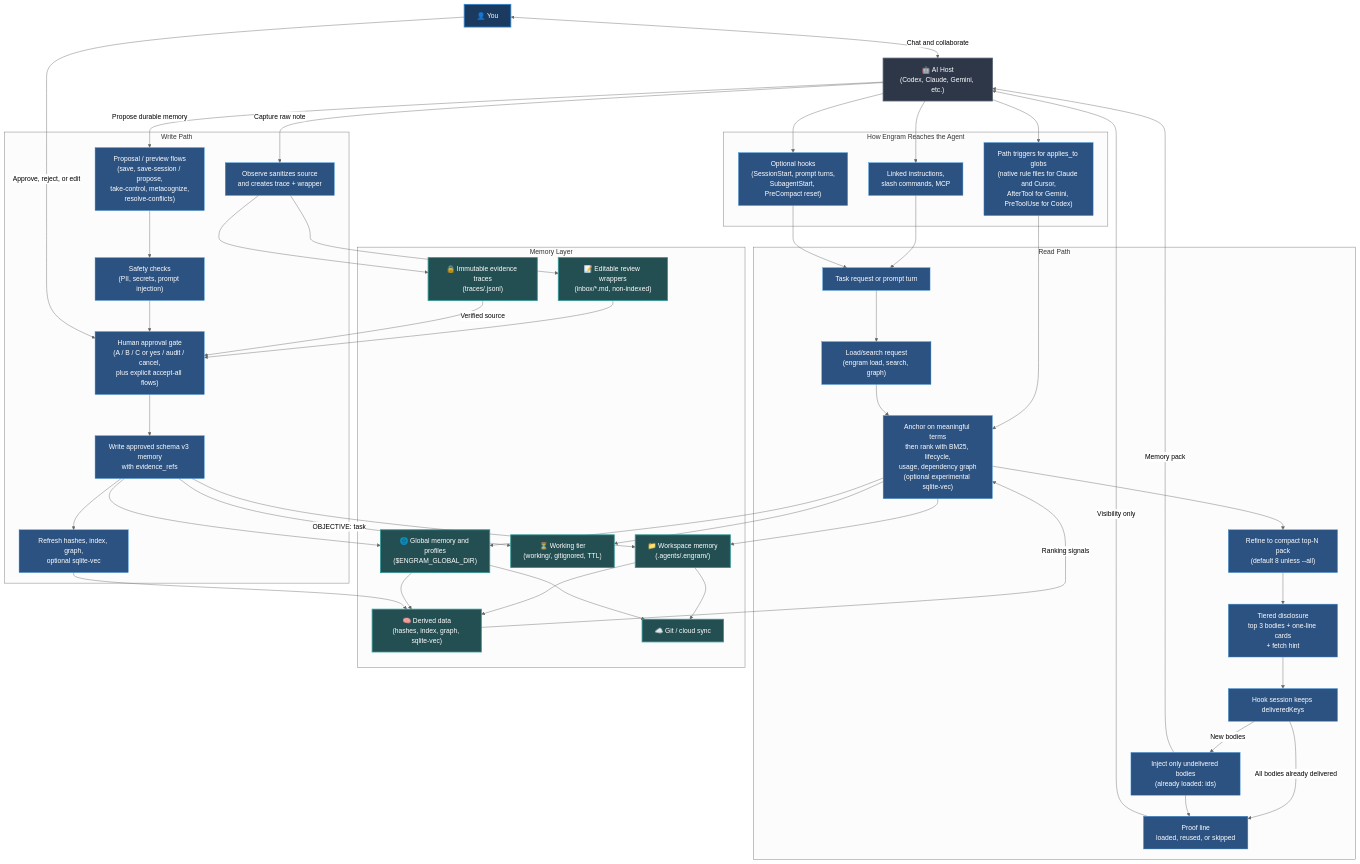
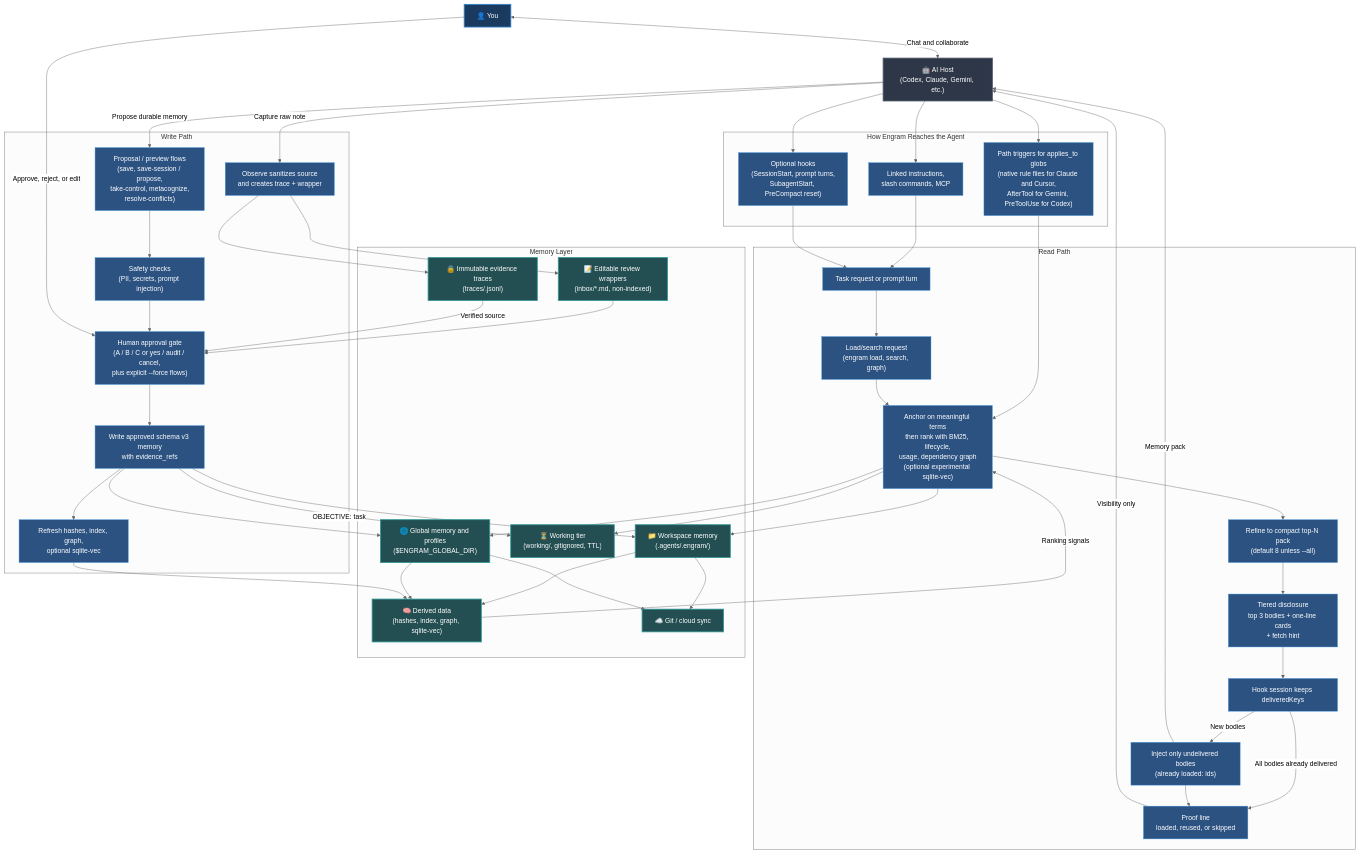
The first of 3 diagrams in README.md (the-long-ride/engram), drawn with Mermaid (neutral theme) before and after one commit. The commit also changed other lines of this file, not shown here.

```diff
--- a/README.md
+++ b/README.md
@@ -93,7 +92,7 @@
         Proposal["Proposal / preview flows\n(save, save-session / propose,\ntake-control, metacognize,\nresolve-conflicts)"]:::action
         Observe["Observe sanitizes source\nand creates trace + wrapper"]:::action
         Scan["Safety checks\n(PII, secrets, prompt injection)"]:::action
-        Review["Human approval gate\n(A / B / C or yes / audit / cancel,\nplus explicit accept-all flows)"]:::action
+        Review["Human approval gate\n(A / B / C or yes / audit / cancel,\nplus explicit --force flows)"]:::action
         Persist["Write approved schema v3 memory\nwith evidence_refs"]:::action
         Rebuild["Refresh hashes, index, graph,\noptional sqlite-vec"]:::action
     end
```
